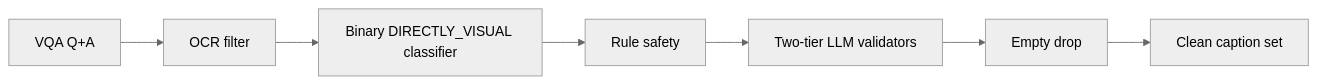
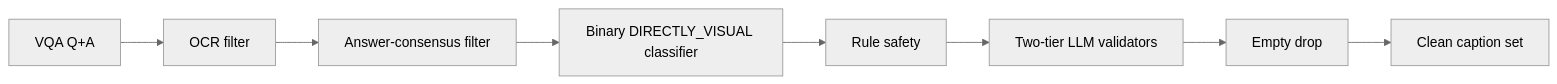
Before and after one commit to MahdiRuzmeh/ImageCaptioningImprovedVisualQuestionAnswering: the sixth of 6 diagrams in QuestionDependentCaptionGenerator/architecture/architecture.en.md, drawn with Mermaid (neutral theme). The commit also changed other lines of this file and 4 other files, not shown here.

````diff
--- a/QuestionDependentCaptionGenerator/architecture/architecture.en.md
+++ b/QuestionDependentCaptionGenerator/architecture/architecture.en.md
@@ -227,9 +231,10 @@
 ```mermaid
 flowchart LR
   inQ[VQA Q+A] --> g1[OCR filter]
-  g1 --> g2[Binary DIRECTLY_VISUAL classifier]
+  g1 --> gC[Answer-consensus filter]
+  gC --> g2[Binary DIRECTLY_VISUAL classifier]
   g2 --> g3[Rule safety]
   g3 --> g4[Two-tier LLM validators]
   g4 --> g5[Empty drop]
   g5 --> clean[Clean caption set]
 ```
````
